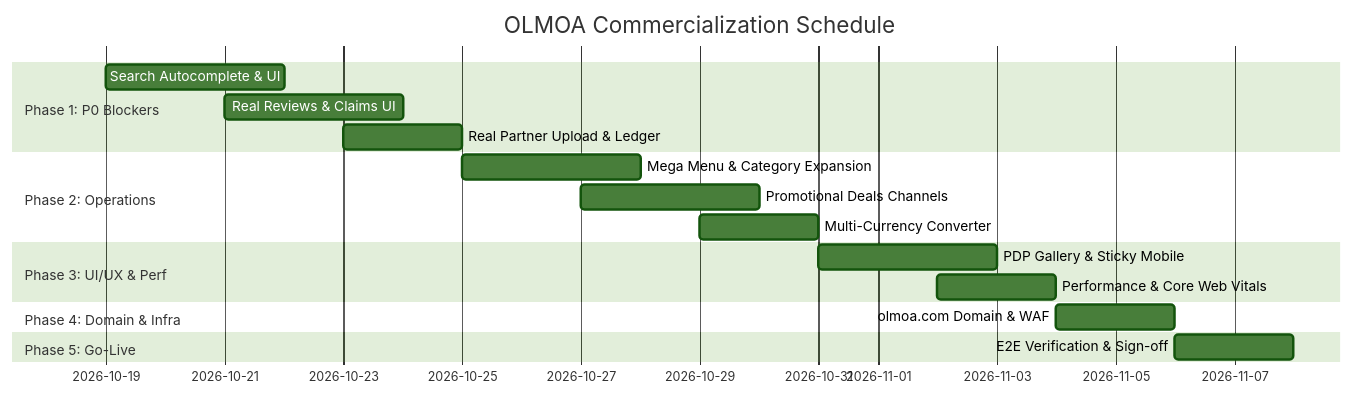
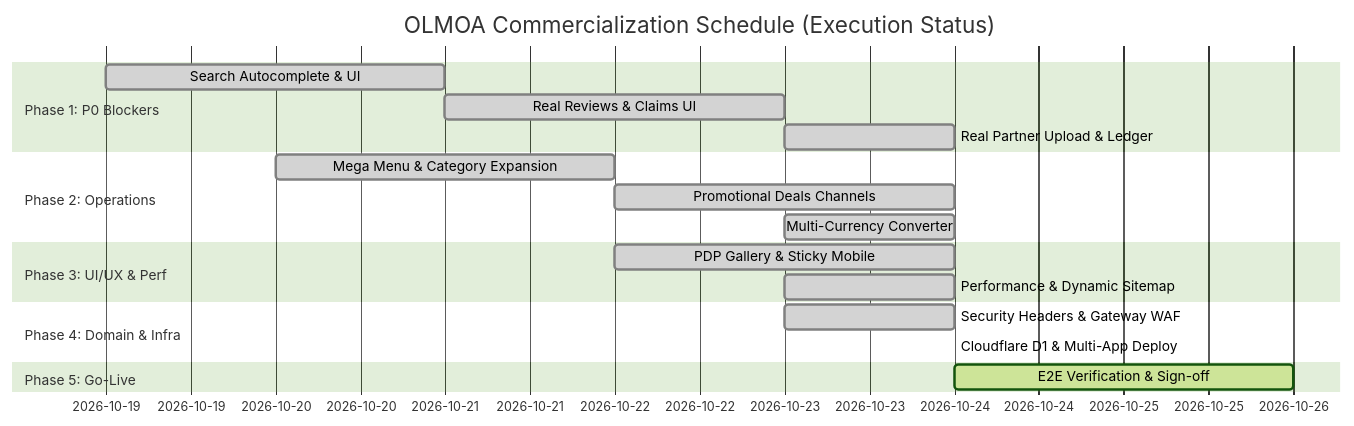
The diagram in reports/COMMERCIALIZATION_ROADMAP.md (dnjstjqppk-dev/openmarket), drawn with Mermaid (forest theme) before and after one commit. The commit also changed other lines of this file and 9 other files, not shown here.

````diff
--- a/reports/COMMERCIALIZATION_ROADMAP.md
+++ b/reports/COMMERCIALIZATION_ROADMAP.md
@@ -6,20 +6,21 @@
 ```mermaid
 gantt
-    title OLMOA Commercialization Schedule
+    title OLMOA Commercialization Schedule (Execution Status)
     dateFormat  YYYY-MM-DD
     section Phase 1: P0 Blockers
-    Search Autocomplete & UI       :2026-10-19, 3d
-    Real Reviews & Claims UI       :2026-10-21, 3d
-    Real Partner Upload & Ledger   :2026-10-23, 2d
+    Search Autocomplete & UI       :done, 2026-10-19, 2026-10-21
+    Real Reviews & Claims UI       :done, 2026-10-21, 2026-10-23
+    Real Partner Upload & Ledger   :done, 2026-10-23, 2026-10-24
     section Phase 2: Operations
-    Mega Menu & Category Expansion :2026-10-25, 3d
-    Promotional Deals Channels     :2026-10-27, 3d
-    Multi-Currency Converter       :2026-10-29, 2d
+    Mega Menu & Category Expansion :done, 2026-10-20, 2026-10-22
+    Promotional Deals Channels     :done, 2026-10-22, 2026-10-24
+    Multi-Currency Converter       :done, 2026-10-23, 2026-10-24
     section Phase 3: UI/UX & Perf
-    PDP Gallery & Sticky Mobile    :2026-10-31, 3d
-    Performance & Core Web Vitals  :2026-11-02, 2d
+    PDP Gallery & Sticky Mobile    :done, 2026-10-22, 2026-10-24
+    Performance & Dynamic Sitemap  :done, 2026-10-23, 2026-10-24
     section Phase 4: Domain & Infra
-    olmoa.com Domain & WAF         :2026-11-04, 2d
+    Security Headers & Gateway WAF :done, 2026-10-23, 2026-10-24
+    Cloudflare D1 & Multi-App Deploy :done, 2026-10-24, 2026-10-24
     section Phase 5: Go-Live
-    E2E Verification & Sign-off    :2026-11-06, 2d
+    E2E Verification & Sign-off    :active, 2026-10-24, 2d
 ```
````
